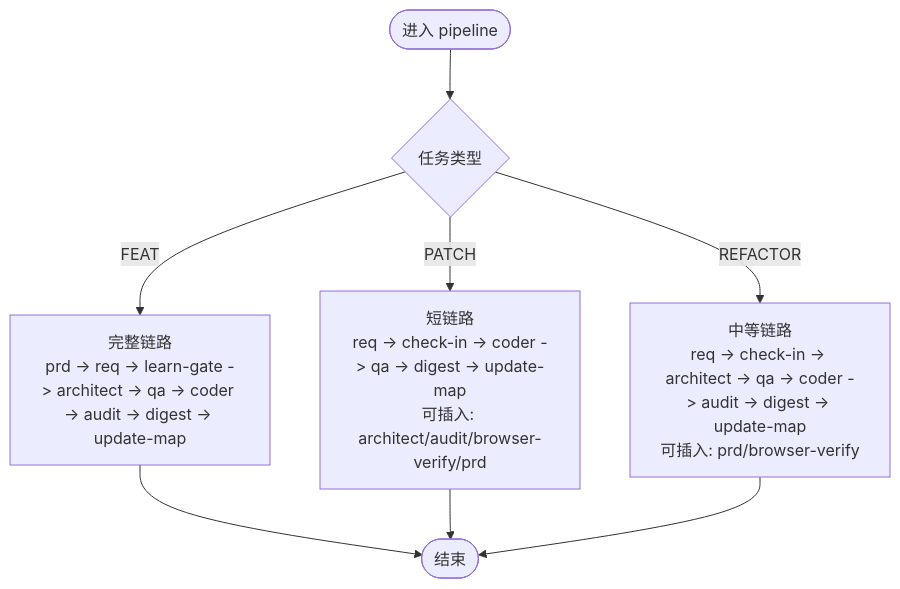
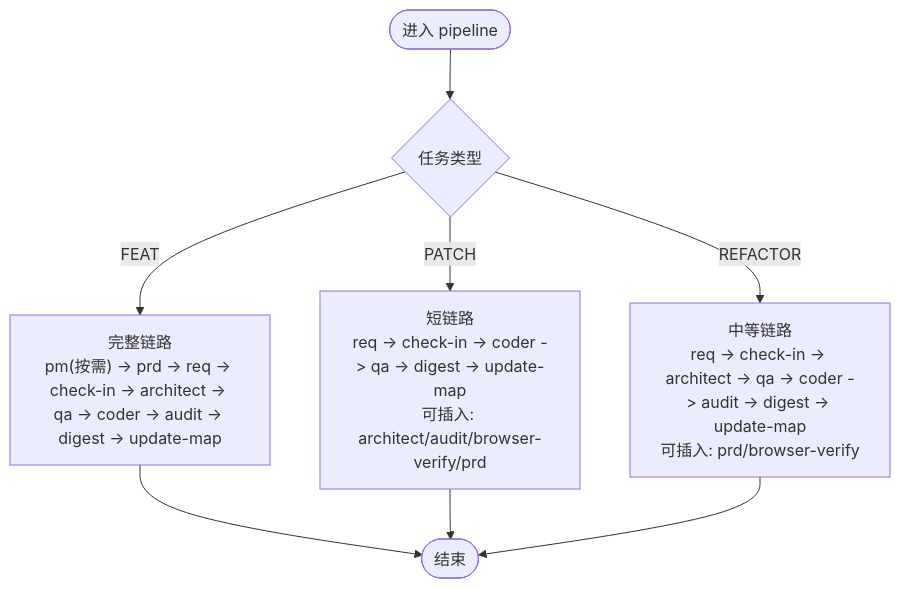
Before and after one commit to CryptoLinxu/Web3-AI-Agent: the fourth of 6 diagrams in .qoder/repowiki/zh/content/项目概述/项目概述.md, drawn with Mermaid. The commit also changed other lines of this file and 3 other files, not shown here.

First line of the commit message:
docs: 更新项目清单体系和技能地图

````diff
--- a/.qoder/repowiki/zh/content/项目概述/项目概述.md
+++ b/.qoder/repowiki/zh/content/项目概述/项目概述.md
@@ -238,10 +253,10 @@
 ```mermaid
 flowchart TD
 Start(["进入 pipeline"]) --> Type{"任务类型"}
-Type --> |FEAT| FEAT["完整链路<br/>prd -> req -> learn-gate -> architect -> qa -> coder -> audit -> digest -> update-map"]
+Type --> |FEAT| FEAT["完整链路<br/>pm(按需) -> prd -> req -> check-in -> architect -> qa -> coder -> audit -> digest -> update-map"]
 Type --> |PATCH| PATCH["短链路<br/>req -> check-in -> coder -> qa -> digest -> update-map<br/>可插入: architect/audit/browser-verify/prd"]
 Type --> |REFACTOR| REFACTOR["中等链路<br/>req -> check-in -> architect -> qa -> coder -> audit -> digest -> update-map<br/>可插入: prd/browser-verify"]
 FEAT --> End(["结束"])
 PATCH --> End
 REFACTOR --> End
 ```
````
